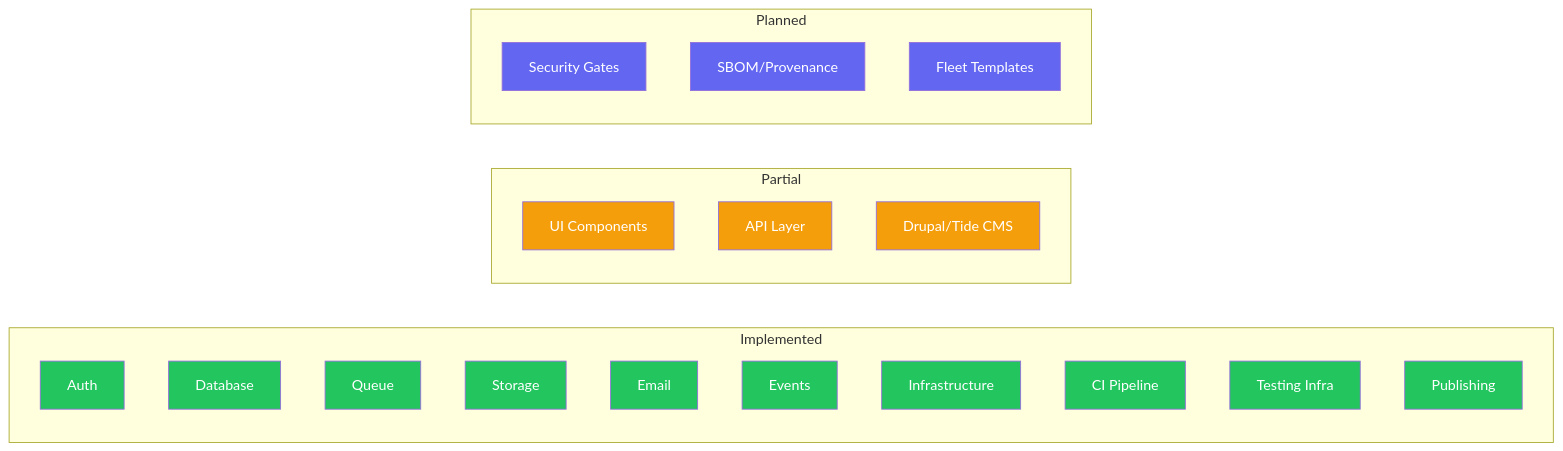
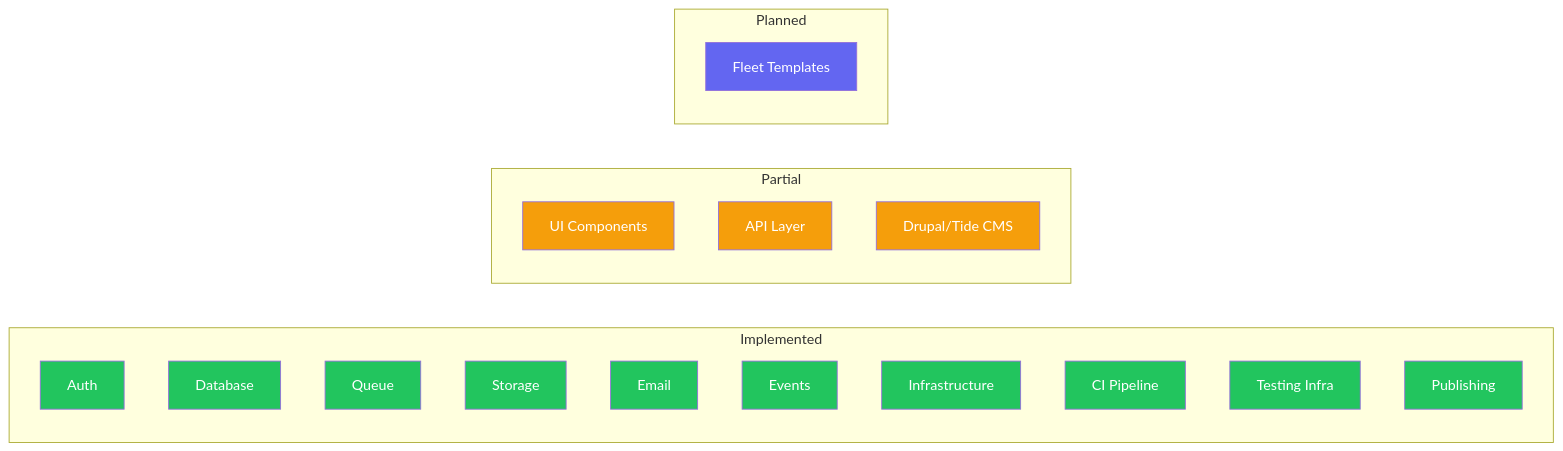
Before and after one commit to jbejenar/ripple-next: the first of 10 diagrams in docs/product-roadmap/README.md, drawn with Mermaid. The commit also changed other lines of this file and 9 other files, not shown here.

First line of the commit message:
feat: CI observability, SBOM provenance, and reusable composite actions

````diff
--- a/docs/product-roadmap/README.md
+++ b/docs/product-roadmap/README.md
@@ -32,42 +36,38 @@
 ```mermaid
 graph LR
     subgraph Implemented
         AUTH[Auth]
         DB[Database]
         QUEUE[Queue]
         STORAGE[Storage]
         EMAIL[Email]
         EVENTS[Events]
         INFRA[Infrastructure]
         CI[CI Pipeline]
         TEST[Testing Infra]
         PUB[Publishing]
     end
     subgraph Partial
         UI[UI Components]
         API[API Layer]
         CMS["Drupal/Tide CMS"]
     end
     subgraph Planned
-        SEC[Security Gates]
-        SBOM[SBOM/Provenance]
         FLEET[Fleet Templates]
     end
 
     style AUTH fill:#22c55e,color:#fff
     style DB fill:#22c55e,color:#fff
     style QUEUE fill:#22c55e,color:#fff
     style STORAGE fill:#22c55e,color:#fff
     style EMAIL fill:#22c55e,color:#fff
     style EVENTS fill:#22c55e,color:#fff
     style INFRA fill:#22c55e,color:#fff
     style CI fill:#22c55e,color:#fff
     style TEST fill:#22c55e,color:#fff
     style PUB fill:#22c55e,color:#fff
     style UI fill:#f59e0b,color:#fff
     style API fill:#f59e0b,color:#fff
-    style SEC fill:#6366f1,color:#fff
-    style SBOM fill:#6366f1,color:#fff
     style FLEET fill:#6366f1,color:#fff
     style CMS fill:#f59e0b,color:#fff
 ```
````
